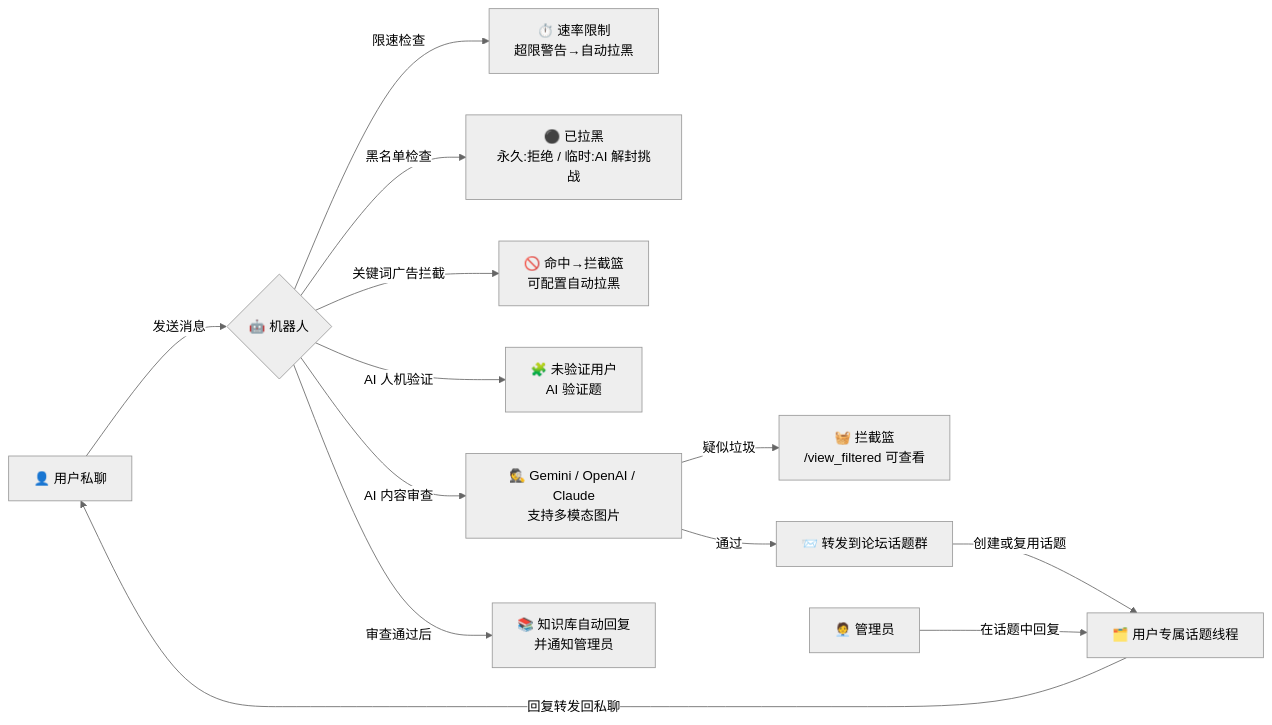
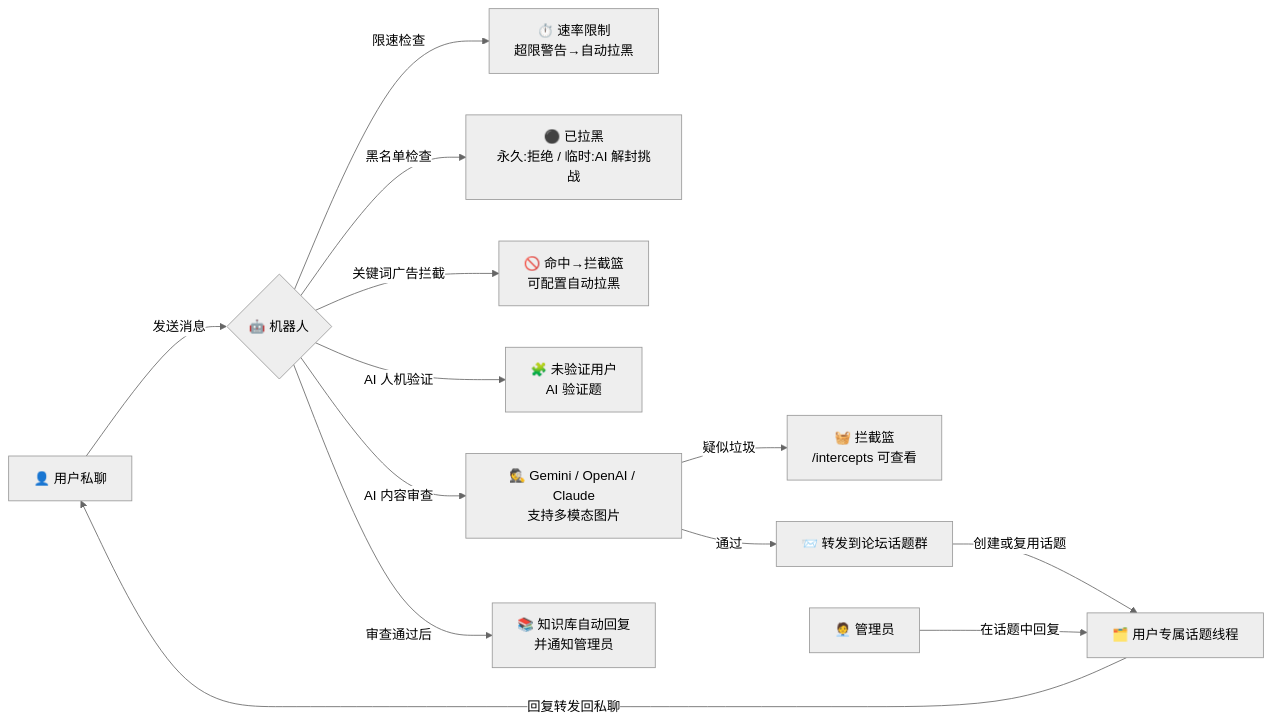
One commit to PivKeyU/pivkeyu_pmbot changed the diagram in README.md. Above: the diagram before and after it, drawn with Mermaid (neutral theme). The commit also changed other lines of this file and 48 other files, not shown here.

````diff
--- a/README.md
+++ b/README.md
@@ -504,15 +504,15 @@
 ```mermaid
 flowchart LR
     U[👤 用户私聊] -->|发送消息| B{🤖 机器人}
     B -->|限速检查| RL[⏱️ 速率限制<br/>超限警告→自动拉黑]
     B -->|黑名单检查| BL[⚫ 已拉黑<br/>永久:拒绝 / 临时:AI 解封挑战]
     B -->|关键词广告拦截| SF[🚫 命中→拦截篮<br/>可配置自动拉黑]
     B -->|AI 人机验证| V[🧩 未验证用户<br/>AI 验证题]
     B -->|AI 内容审查| AI[🕵️ Gemini / OpenAI / Claude<br/>支持多模态图片]
-    AI -->|疑似垃圾| FB[🧺 拦截篮<br/>/view_filtered 可查看]
+    AI -->|疑似垃圾| FB[🧺 拦截篮<br/>/intercepts 可查看]
     AI -->|通过| F[📨 转发到论坛话题群]
     F -->|创建或复用话题| T[🗂️ 用户专属话题线程]
     A[🧑‍💼 管理员] -->|在话题中回复| T
     T -->|回复转发回私聊| U
     B -->|审查通过后| AR[📚 知识库自动回复<br/>并通知管理员]
 ```
````
